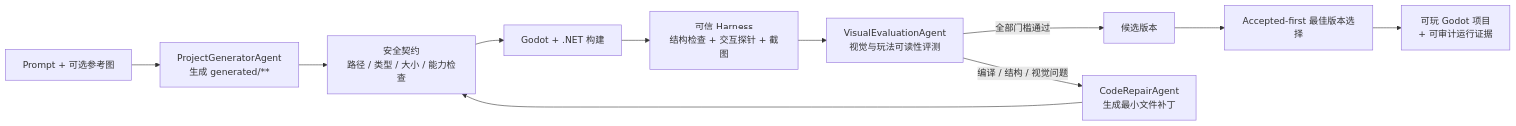
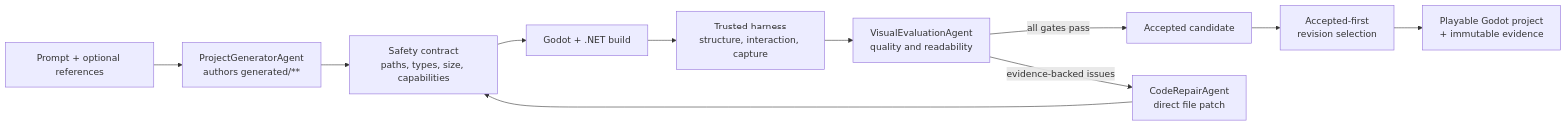
Before and after one commit to DeepforThink/prompt-to-play: the diagram in README.md, drawn with Mermaid. The commit also changed other lines of this file, not shown here.

````diff
--- a/README.md
+++ b/README.md
@@ -38,13 +51,13 @@
-~~~mermaid
+```mermaid
 flowchart LR
-    U["Prompt + 可选参考图"] --> G["ProjectGeneratorAgent<br/>生成 generated/**"]
-    G --> S["安全契约<br/>路径 / 类型 / 大小 / 能力检查"]
-    S --> B["Godot + .NET 构建"]
-    B --> H["可信 Harness<br/>结构检查 + 交互探针 + 截图"]
-    H --> V["VisualEvaluationAgent<br/>视觉与玩法可读性评测"]
-    V -->|"全部门槛通过"| C["候选版本"]
-    V -->|"编译 / 结构 / 视觉问题"| R["CodeRepairAgent<br/>生成最小文件补丁"]
+    U["Prompt + optional references"] --> G["ProjectGeneratorAgent<br/>authors generated/**"]
+    G --> S["Safety contract<br/>paths, types, size, capabilities"]
+    S --> B["Godot + .NET build"]
+    B --> H["Trusted harness<br/>structure, interaction, capture"]
+    H --> V["VisualEvaluationAgent<br/>quality and readability"]
+    V -->|"all gates pass"| C["Accepted candidate"]
+    V -->|"evidence-backed issues"| R["CodeRepairAgent<br/>direct file patch"]
     R --> S
-    C --> K["Accepted-first 最佳版本选择"]
-    K --> P["可玩 Godot 项目<br/>+ 可审计运行证据"]
-~~~
+    C --> K["Accepted-first<br/>revision selection"]
+    K --> P["Playable Godot project<br/>+ immutable evidence"]
+```
````
